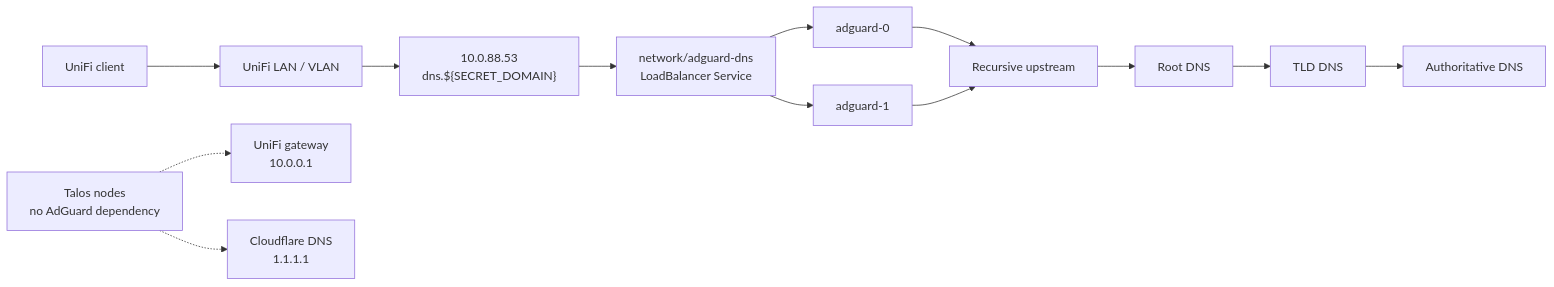
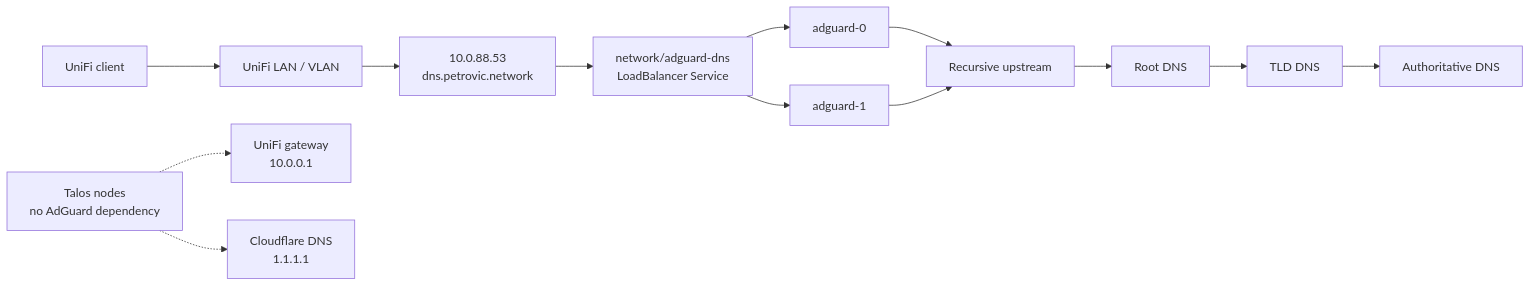
The fourth of 4 diagrams in README.md (adampetrovic/home-ops), drawn with Mermaid before and after one commit. The commit also changed other lines of this file and 239 other files, not shown here.

First line of the commit message:
fix: bootstrap staged single-source flow

````diff
--- a/README.md
+++ b/README.md
@@ -249,15 +249,15 @@
 ```mermaid
 flowchart LR
     C["UniFi client"] --> U["UniFi LAN / VLAN"]
-    U --> VIP["10.0.88.53\ndns.${SECRET_DOMAIN}"]
+    U --> VIP["10.0.88.53\ndns.petrovic.network"]
     VIP --> S["network/adguard-dns\nLoadBalancer Service"]
     S --> A0["adguard-0"]
     S --> A1["adguard-1"]
     A0 --> R["Recursive upstream"]
     A1 --> R
     R --> Root["Root DNS"]
     Root --> TLD["TLD DNS"]
     TLD --> Auth["Authoritative DNS"]
     T["Talos nodes\nno AdGuard dependency"] -.-> GW["UniFi gateway\n10.0.0.1"]
     T -.-> CF["Cloudflare DNS\n1.1.1.1"]
 ```
````
